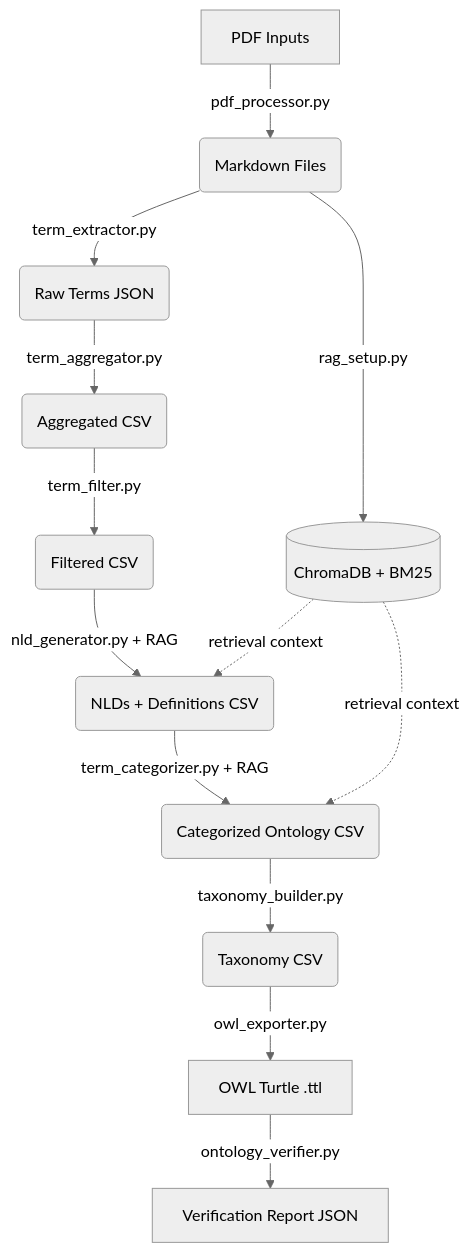
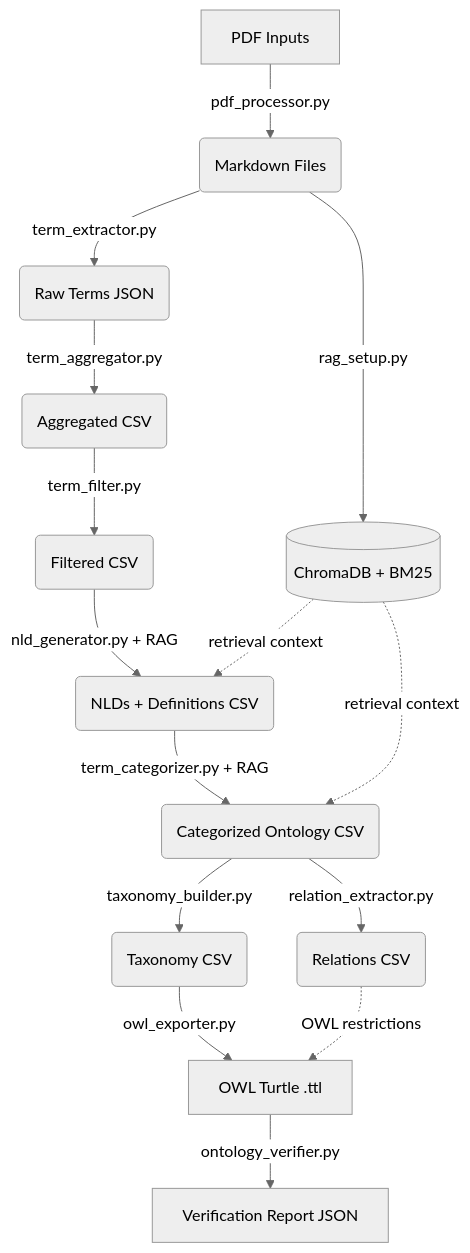
One commit to martinstroher/Pipeline_2 changed the diagram in docs/CONTEXT.md. Above: the diagram before and after it, drawn with Mermaid (neutral theme). The commit also changed other lines of this file and 25 other files, not shown here.

````diff
--- a/docs/CONTEXT.md
+++ b/docs/CONTEXT.md
@@ -8,15 +8,17 @@
 ```mermaid
 graph TD
     A[PDF Inputs] -->|pdf_processor.py| B(Markdown Files)
     B -->|rag_setup.py| C[(ChromaDB + BM25)]
     B -->|term_extractor.py| D(Raw Terms JSON)
     D -->|term_aggregator.py| E(Aggregated CSV)
     E -->|term_filter.py| F(Filtered CSV)
     F -->|nld_generator.py + RAG| G(NLDs + Definitions CSV)
     G -->|term_categorizer.py + RAG| H(Categorized Ontology CSV)
     H -->|taxonomy_builder.py| I(Taxonomy CSV)
-    I -->|owl_exporter.py| J[OWL Turtle .ttl]
+    H -->|relation_extractor.py| Rel(Relations CSV)
+    I --> |owl_exporter.py| J[OWL Turtle .ttl]
+    Rel -.->|OWL restrictions| J
     J -->|ontology_verifier.py| K[Verification Report JSON]
     C -.->|retrieval context| G
     C -.->|retrieval context| H
 ```
````
